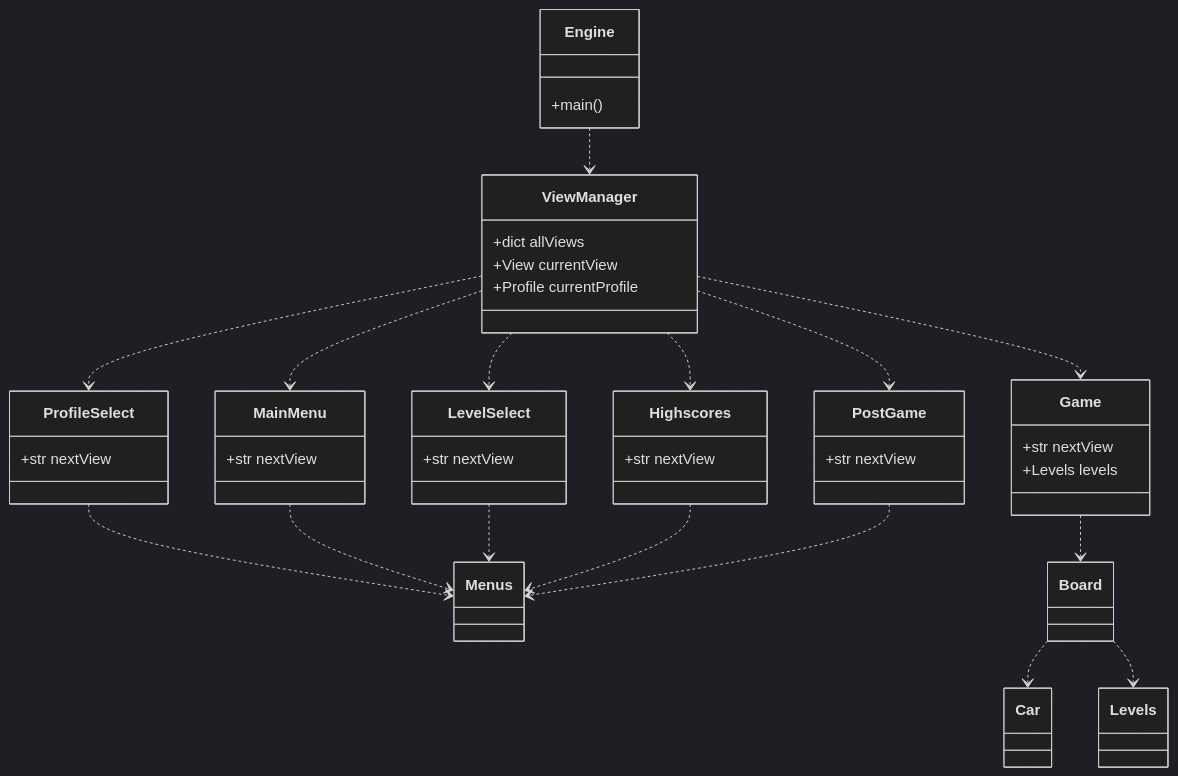
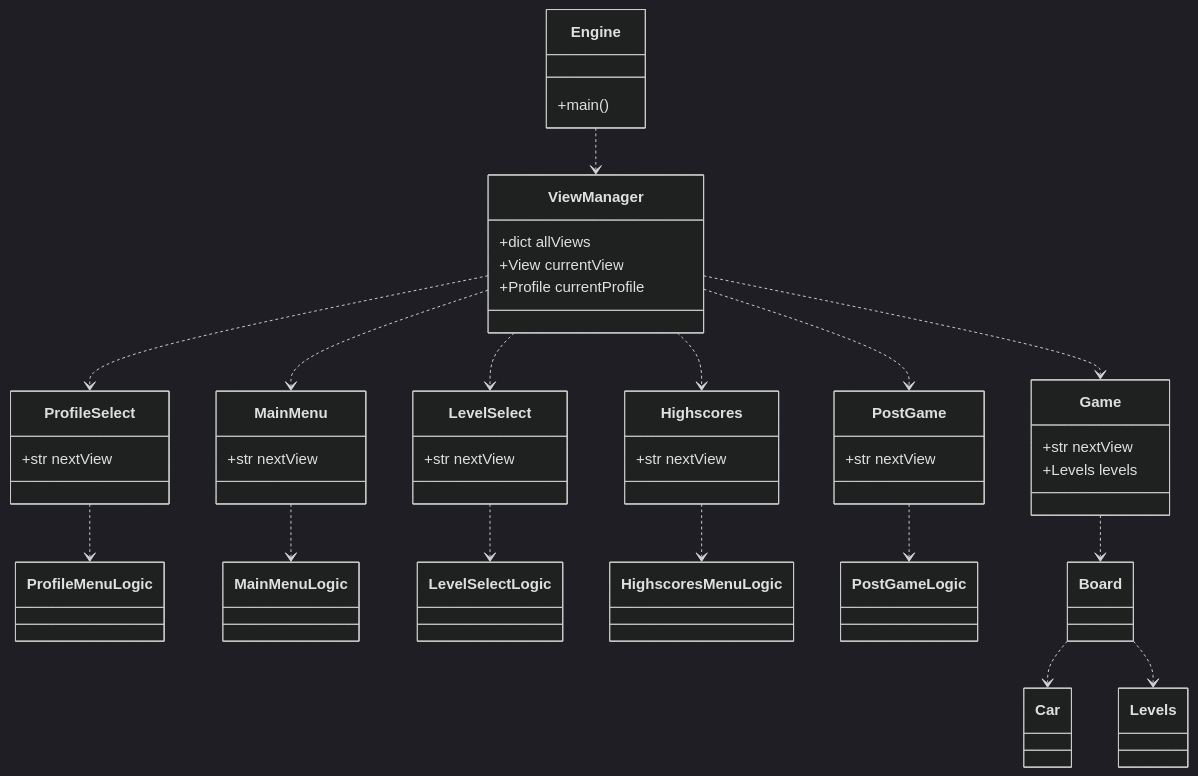
Before and after one commit to samulioll/ot-harjoitustyo: the diagram in dokumentaatio/arkkitehtuuri.md, drawn with Mermaid (dark theme). The commit also changed 2 other files, not shown here.

Commit message:
edited class diagram

````diff
--- a/dokumentaatio/arkkitehtuuri.md
+++ b/dokumentaatio/arkkitehtuuri.md
@@ -5,29 +5,29 @@
 ```mermaid
     classDiagram
         Engine ..> ViewManager
         Engine: +main()
         ViewManager: +dict allViews
         ViewManager: +View currentView
         ViewManager: +Profile currentProfile
         ViewManager ..> ProfileSelect
-        ProfileSelect ..> Menus
+        ProfileSelect ..> ProfileMenuLogic
         ProfileSelect: +str nextView
         ViewManager ..> MainMenu
-        MainMenu ..> Menus
+        MainMenu ..> MainMenuLogic
         MainMenu: +str nextView
         ViewManager ..> LevelSelect
         LevelSelect: +str nextView
-        LevelSelect ..> Menus
+        LevelSelect ..> LevelSelectLogic
         ViewManager ..> Highscores
         Highscores: +str nextView
-        Highscores ..> Menus
+        Highscores ..> HighscoresMenuLogic
         ViewManager ..> PostGame
         PostGame: +str nextView
-        PostGame ..> Menus
+        PostGame ..> PostGameLogic
         ViewManager ..> Game
         Game: +str nextView
         Game: +Levels levels
         Game ..> Board
         Board ..> Car
         Board ..> Levels
 ```
````
